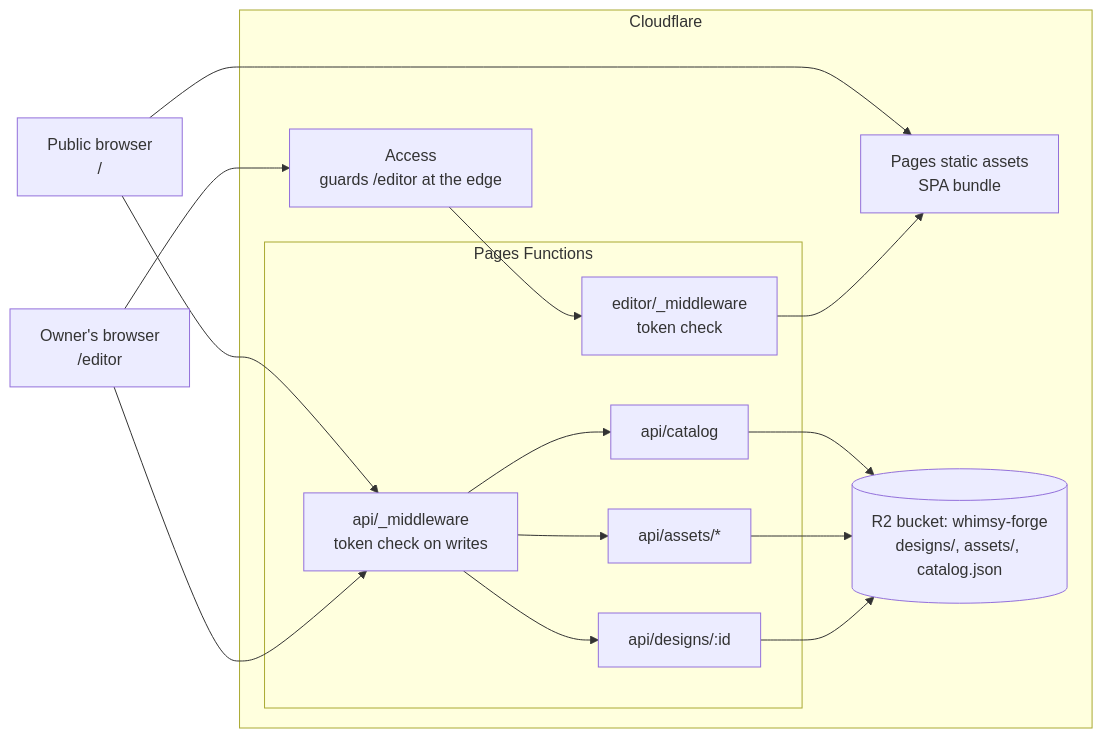
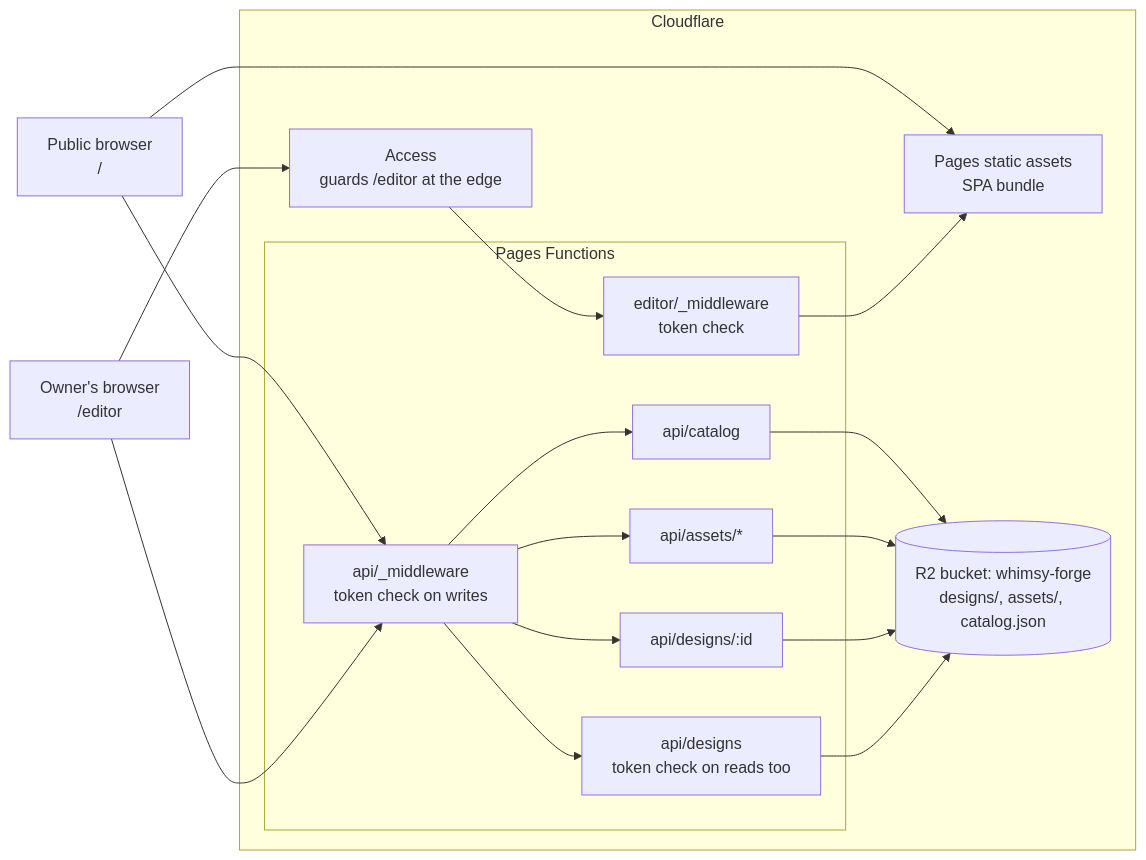
One commit to davidopluslau/whimsy-forge changed the first of 6 diagrams in docs/SYSTEM_DESIGN.md. Above: the diagram before and after it, drawn with Mermaid. The commit also changed other lines of this file and 38 other files, not shown here.

First line of the commit message:
M5: Persistence - autosave, design list, migrations (#10)

````diff
--- a/docs/SYSTEM_DESIGN.md
+++ b/docs/SYSTEM_DESIGN.md
@@ -43,26 +43,28 @@
 ```mermaid
 flowchart LR
     owner["Owner's browser<br/>/editor"]
     public["Public browser<br/>/"]
 
     subgraph cf["Cloudflare"]
         access["Access<br/>guards /editor at the edge"]
         pages["Pages static assets<br/>SPA bundle"]
         subgraph fn["Pages Functions"]
             editorGuard["editor/_middleware<br/>token check"]
             apiGuard["api/_middleware<br/>token check on writes"]
+            designList["api/designs<br/>token check on reads too"]
             designs["api/designs/:id"]
             assets["api/assets/*"]
             catalog["api/catalog"]
         end
         r2[("R2 bucket: whimsy-forge<br/>designs/, assets/, catalog.json")]
     end
 
     owner --> access --> editorGuard --> pages
     public --> pages
     owner --> apiGuard
     public --> apiGuard
+    apiGuard --> designList --> r2
     apiGuard --> designs --> r2
     apiGuard --> assets --> r2
     apiGuard --> catalog --> r2
 ```
````
